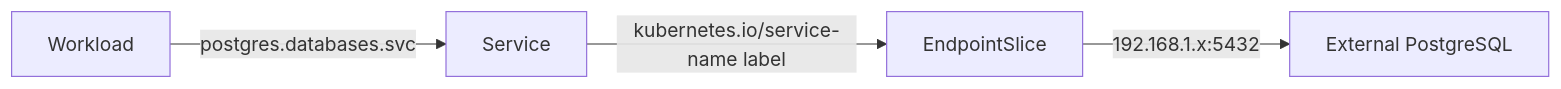
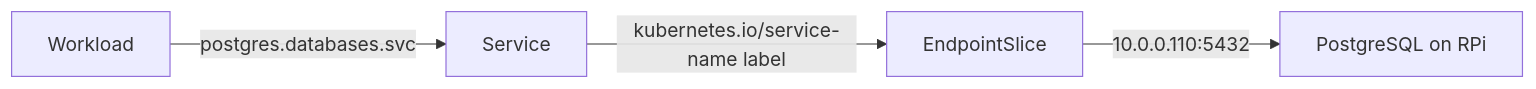
One commit to golgor/home-lab changed the second of 2 diagrams in docs/get-started/bootstrap.md. Above: the diagram before and after it, drawn with Mermaid. The commit also changed other lines of this file, not shown here.

````diff
--- a/docs/get-started/bootstrap.md
+++ b/docs/get-started/bootstrap.md
@@ -140,6 +245,6 @@
 ```mermaid
 flowchart LR
     A[Workload] -->|postgres.databases.svc| B[Service]
     B -->|kubernetes.io/service-name label| C[EndpointSlice]
-    C -->|192.168.1.x:5432| D[External PostgreSQL]
+    C -->|10.0.0.110:5432| D[PostgreSQL on RPi]
 ```
````
